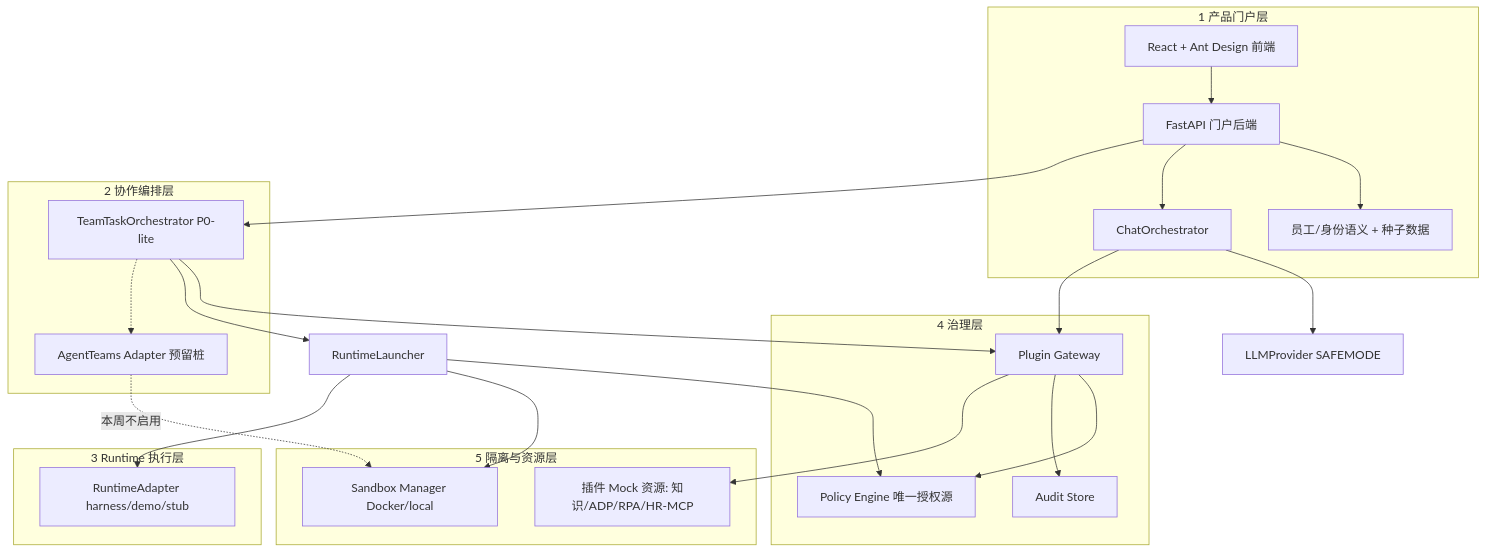
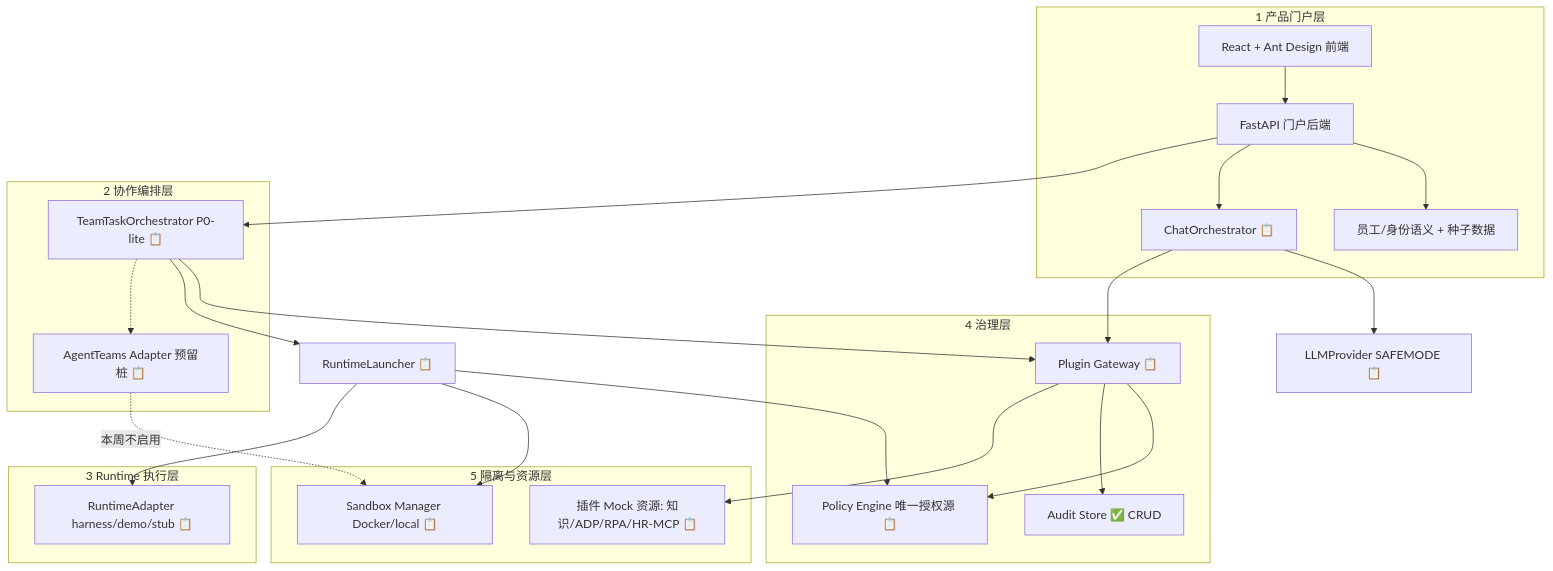
Before and after one commit to q974123622-bit/digital-workforce-platform: the diagram in docs/ARCHITECTURE.md, drawn with Mermaid. The commit also changed other lines of this file and 13 other files, not shown here.

Commit message:
Sprint 1.5: Architecture Freeze & Handoff（目录整理 + 契约冻结 v1.1 + 交接文档）

````diff
--- a/docs/ARCHITECTURE.md
+++ b/docs/ARCHITECTURE.md
@@ -19,41 +20,41 @@
 ```mermaid
 flowchart TB
   subgraph L1[1 产品门户层]
     UI[React + Ant Design 前端]
     API[FastAPI 门户后端]
-    CH[ChatOrchestrator]
+    CH[ChatOrchestrator 📋]
     SE[员工/身份语义 + 种子数据]
   end
   subgraph L2[2 协作编排层]
-    TM[TeamTaskOrchestrator P0-lite]
-    AT[AgentTeams Adapter 预留桩]
+    TM[TeamTaskOrchestrator P0-lite 📋]
+    AT[AgentTeams Adapter 预留桩 📋]
   end
   subgraph L3[3 Runtime 执行层]
-    RA[RuntimeAdapter harness/demo/stub]
+    RA[RuntimeAdapter harness/demo/stub 📋]
   end
   subgraph L4[4 治理层]
-    PE[Policy Engine 唯一授权源]
-    GW[Plugin Gateway]
-    AU[Audit Store]
+    PE[Policy Engine 唯一授权源 📋]
+    GW[Plugin Gateway 📋]
+    AU[Audit Store ✅ CRUD]
   end
   subgraph L5[5 隔离与资源层]
-    SB[Sandbox Manager Docker/local]
-    PL[插件 Mock 资源: 知识/ADP/RPA/HR-MCP]
+    SB[Sandbox Manager Docker/local 📋]
+    PL[插件 Mock 资源: 知识/ADP/RPA/HR-MCP 📋]
   end
   UI --> API
   API --> SE
   API --> CH
   API --> TM
-  CH --> LLM[LLMProvider SAFEMODE]
+  CH --> LLM[LLMProvider SAFEMODE 📋]
   CH --> GW
   TM --> GW
-  TM --> RL[RuntimeLauncher]
+  TM --> RL[RuntimeLauncher 📋]
   RL --> PE
   GW --> PE
   GW --> AU
   GW --> PL
   RL --> SB
   RL --> RA
   TM -.-> AT
   AT -. 本周不启用 .-> SB
 ```
````
